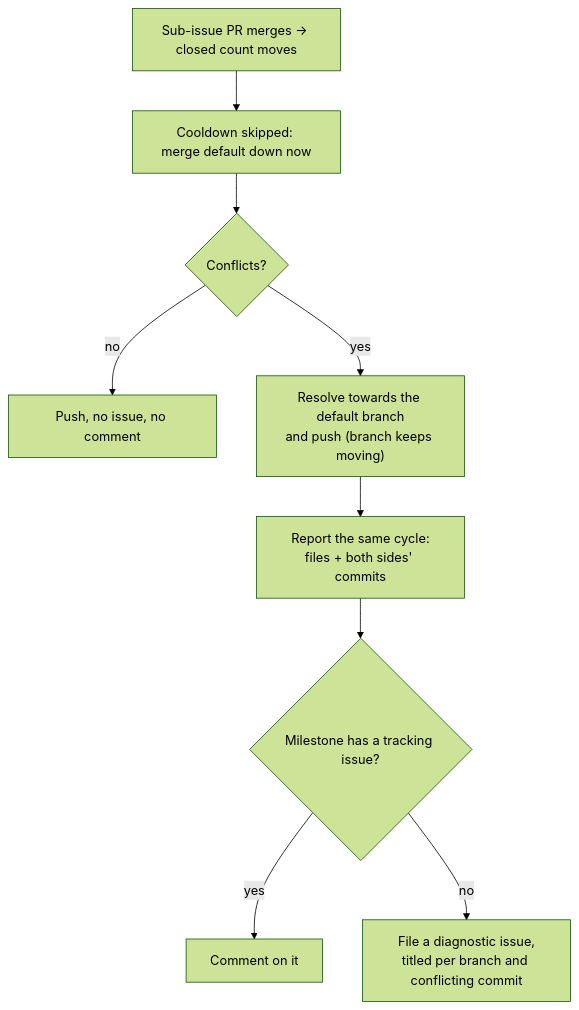
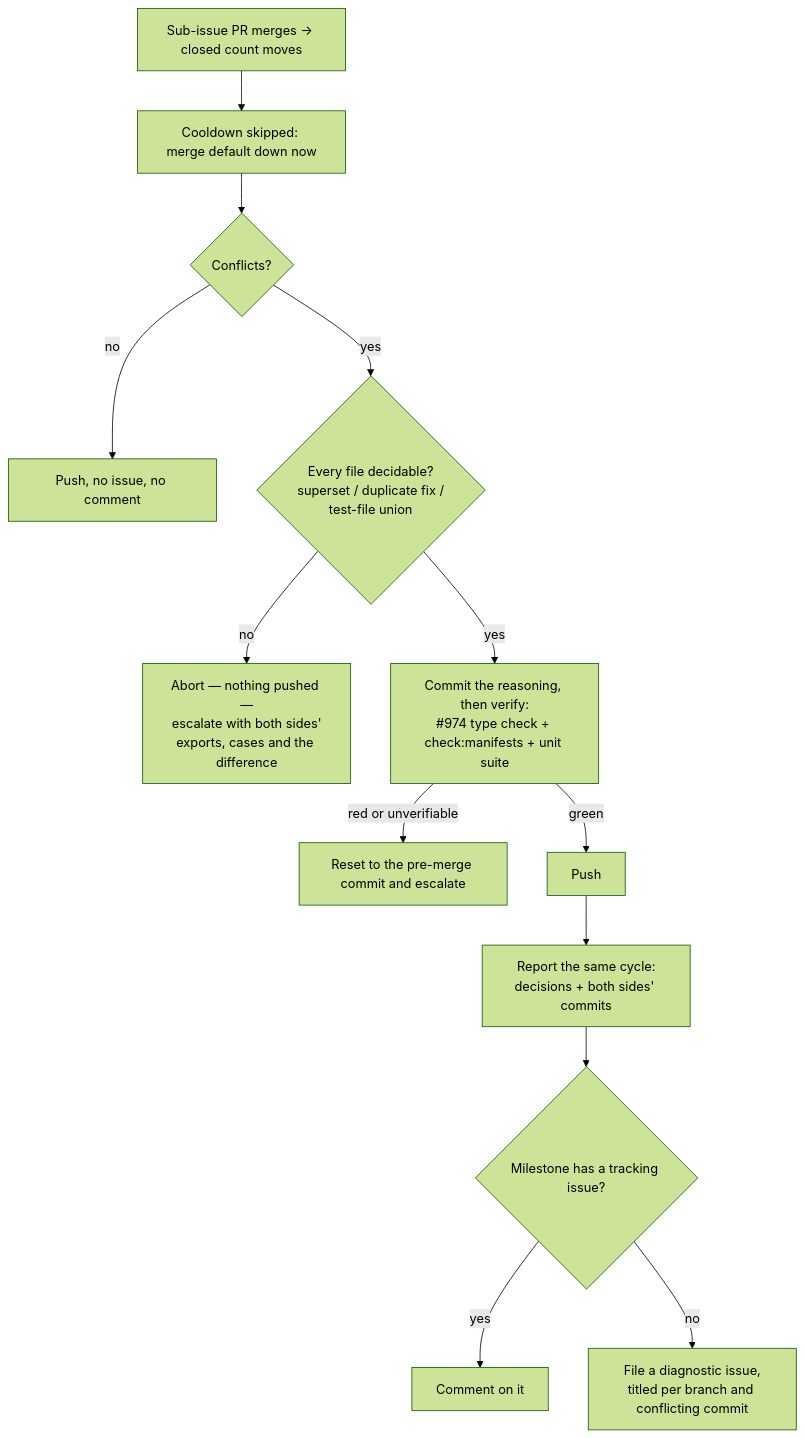
Diagram 25 of 27 in docs/INTERNALS.md (stSoftwareAU/VibeCoder), drawn with Mermaid (forest theme) before and after one commit. The commit also changed other lines of this file and 20 other files, not shown here.

First line of the commit message:
🟠 A conflicted milestone sync escalates to a human on sight, including the cases the worker could resolve itself (Issue #1559) (#1577)

````diff
--- a/docs/INTERNALS.md
+++ b/docs/INTERNALS.md
@@ -2978,11 +3016,15 @@
 ```mermaid
 flowchart TD
     A[Sub-issue PR merges → closed count moves] --> B[Cooldown skipped: merge default down now]
     B --> C{Conflicts?}
     C -- no --> D[Push, no issue, no comment]
-    C -- yes --> E["Resolve towards the default branch<br/>and push (branch keeps moving)"]
-    E --> F["Report the same cycle:<br/>files + both sides' commits"]
+    C -- yes --> T{"Every file decidable?<br/>superset / duplicate fix /<br/>test-file union"}
+    T -- no --> X["Abort — nothing pushed —<br/>escalate with both sides'<br/>exports, cases and the difference"]
+    T -- yes --> V["Commit the reasoning, then verify:<br/>#974 type check + check:manifests + unit suite"]
+    V -- red or unverifiable --> R[Reset to the pre-merge commit and escalate]
+    V -- green --> P[Push]
+    P --> F["Report the same cycle:<br/>decisions + both sides' commits"]
     F --> G{Milestone has a tracking issue?}
     G -- yes --> H[Comment on it]
     G -- no --> I["File a diagnostic issue,<br/>titled per branch and conflicting commit"]
 ```
````
